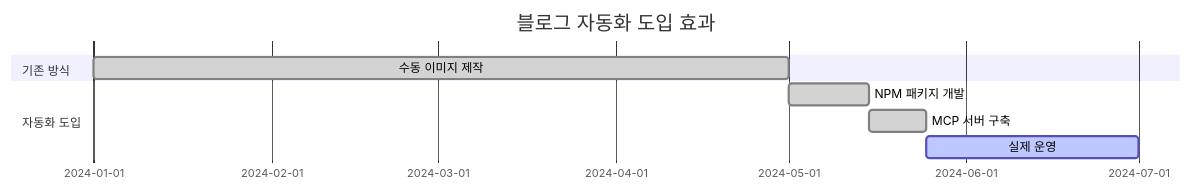
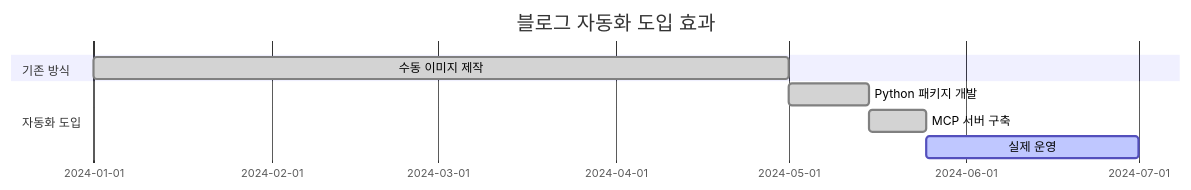
Before and after one commit to realcoding2003/realcoding.github.io: the fifth of 5 diagrams in _posts/2025-06-07-vertex-ai-imagen-mcp-blog-automation.md, drawn with Mermaid. The commit also changed other lines of this file, not shown here.

First line of the commit message:
Vertex AI Imagen 문서 업데이트 및 Python 패키지로 전환

````diff
--- a/_posts/2025-06-07-vertex-ai-imagen-mcp-blog-automation.md
+++ b/_posts/2025-06-07-vertex-ai-imagen-mcp-blog-automation.md
@@ -338,11 +415,11 @@
 ```mermaid
 gantt
     title 블로그 자동화 도입 효과
     dateFormat YYYY-MM-DD
     section 기존 방식
     수동 이미지 제작    :done, manual, 2024-01-01, 2024-05-01
     section 자동화 도입
-    NPM 패키지 개발     :done, npm, 2024-05-01, 2024-05-15
+    Python 패키지 개발  :done, python, 2024-05-01, 2024-05-15
     MCP 서버 구축       :done, mcp, 2024-05-15, 2024-05-25
     실제 운영           :active, production, 2024-05-25, 2024-07-01
 ```
````
